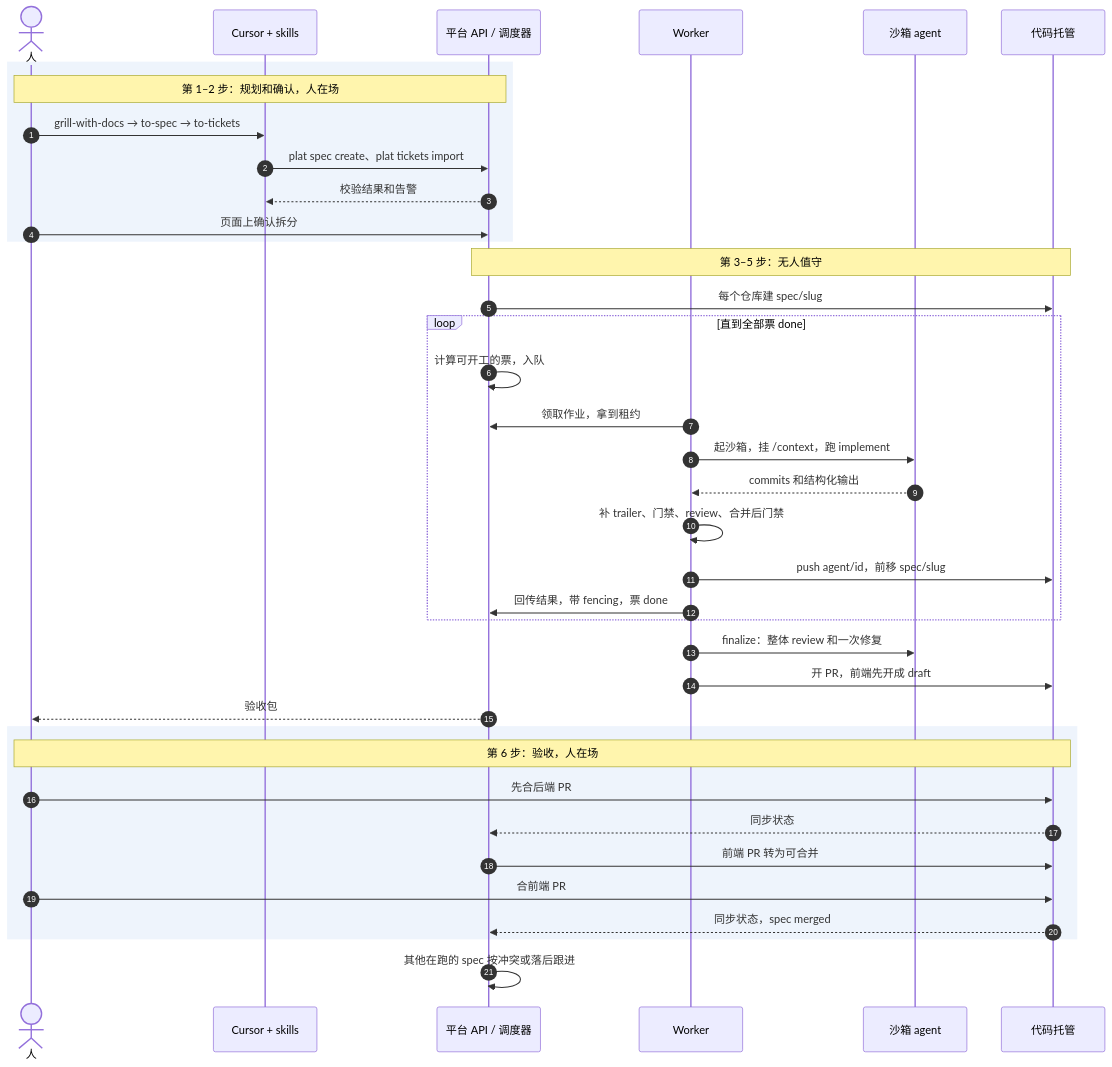
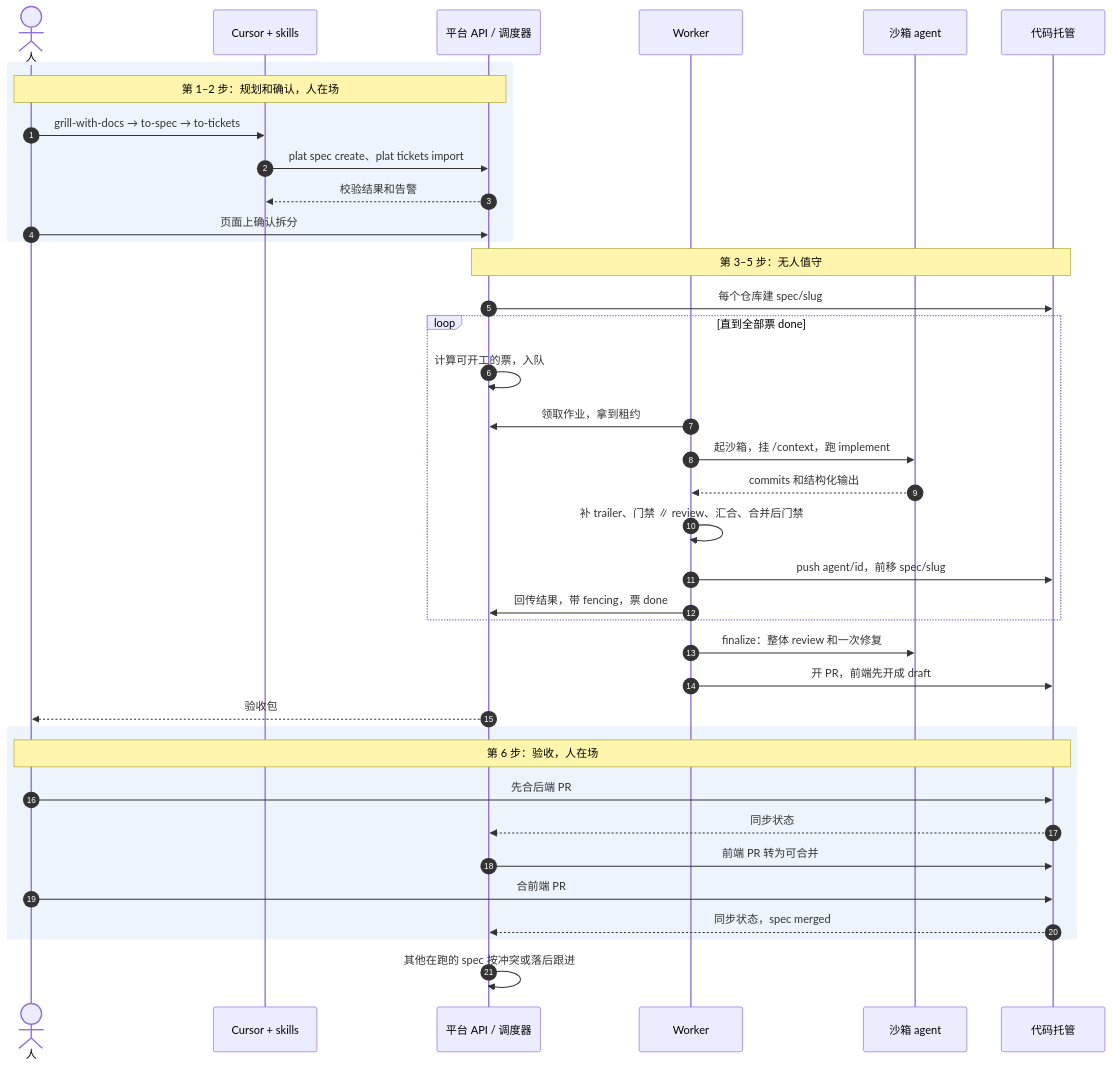
The ninth of 24 diagrams in docs/design.md (xxh171015/afk-platform), drawn with Mermaid before and after one commit. The commit also changed other lines of this file and 17 other files, not shown here.

````diff
--- a/docs/design.md
+++ b/docs/design.md
@@ -537,43 +537,43 @@
 ```mermaid
 sequenceDiagram
     autonumber
     actor H as 人
     participant C as Cursor + skills
     participant A as 平台 API / 调度器
     participant W as Worker
     participant S as 沙箱 agent
     participant G as 代码托管
 
     rect rgba(47, 111, 214, 0.08)
     note over H,A: 第 1–2 步：规划和确认，人在场
     H->>C: grill-with-docs → to-spec → to-tickets
     C->>A: plat spec create、plat tickets import
     A-->>C: 校验结果和告警
     H->>A: 页面上确认拆分
     end
 
     note over A,G: 第 3–5 步：无人值守
     A->>G: 每个仓库建 spec/slug
     loop 直到全部票 done
         A->>A: 计算可开工的票，入队
         W->>A: 领取作业，拿到租约
         W->>S: 起沙箱，挂 /context，跑 implement
         S-->>W: commits 和结构化输出
-        W->>W: 补 trailer、门禁、review、合并后门禁
+        W->>W: 补 trailer、门禁 ∥ review、汇合、合并后门禁
         W->>G: push agent/id，前移 spec/slug
         W->>A: 回传结果，带 fencing，票 done
     end
     W->>S: finalize：整体 review 和一次修复
     W->>G: 开 PR，前端先开成 draft
     A-->>H: 验收包
 
     rect rgba(47, 111, 214, 0.08)
     note over H,G: 第 6 步：验收，人在场
     H->>G: 先合后端 PR
     G-->>A: 同步状态
     A->>G: 前端 PR 转为可合并
     H->>G: 合前端 PR
     G-->>A: 同步状态，spec merged
     end
     A->>A: 其他在跑的 spec 按冲突或落后跟进
 ```
````
